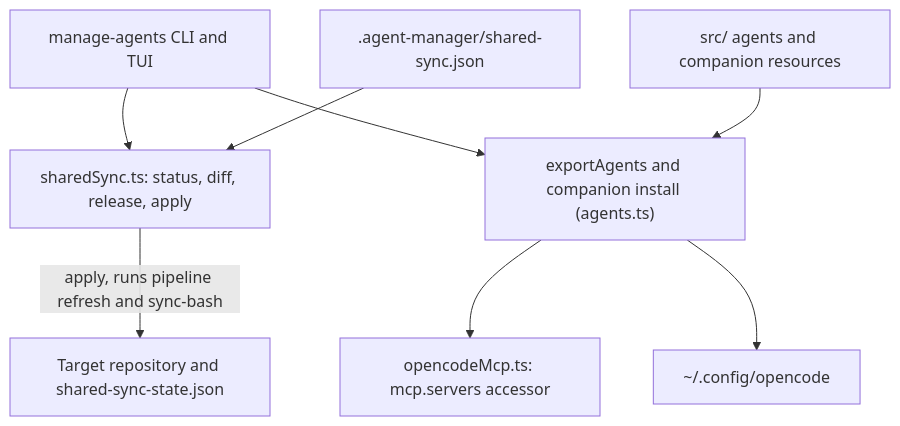
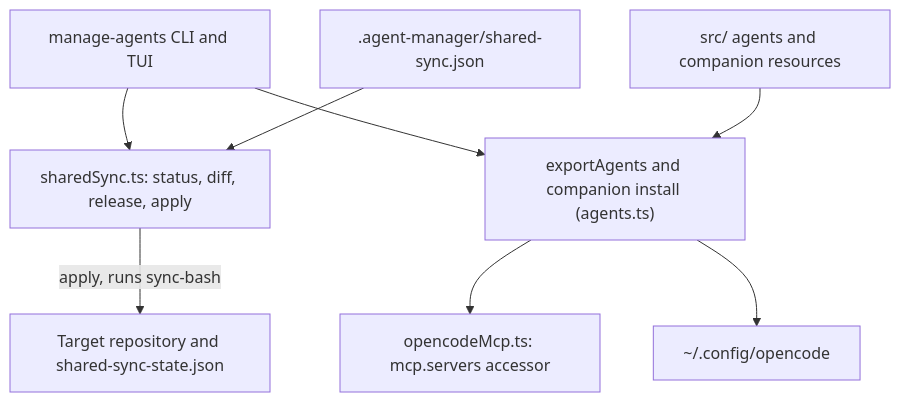
Before and after one commit to lorecanc/agents: the second of 4 diagrams in wiki/architecture.md, drawn with Mermaid. The commit also changed other lines of this file and 629 other files, not shown here.

````diff
--- a/wiki/architecture.md
+++ b/wiki/architecture.md
@@ -72,18 +73,18 @@
 ```mermaid
 graph TD
     Manager["manage-agents CLI and TUI"]
     SharedManifest[".agent-manager/shared-sync.json"]
     SharedSync["sharedSync.ts: status, diff, release, apply"]
     TargetRepo["Target repository and shared-sync-state.json"]
     Sources["src/ agents and companion resources"]
     Export["exportAgents and companion install (agents.ts)"]
     OpenCodeMcp["opencodeMcp.ts: mcp.servers accessor"]
     OpenCode["~/.config/opencode"]
     Manager --> SharedSync
     SharedManifest --> SharedSync
-    SharedSync -->|"apply, runs pipeline refresh and sync-bash"| TargetRepo
+    SharedSync -->|"apply, runs sync-bash"| TargetRepo
     Manager --> Export
     Sources --> Export
     Export --> OpenCodeMcp
     Export --> OpenCode
 ```
````
